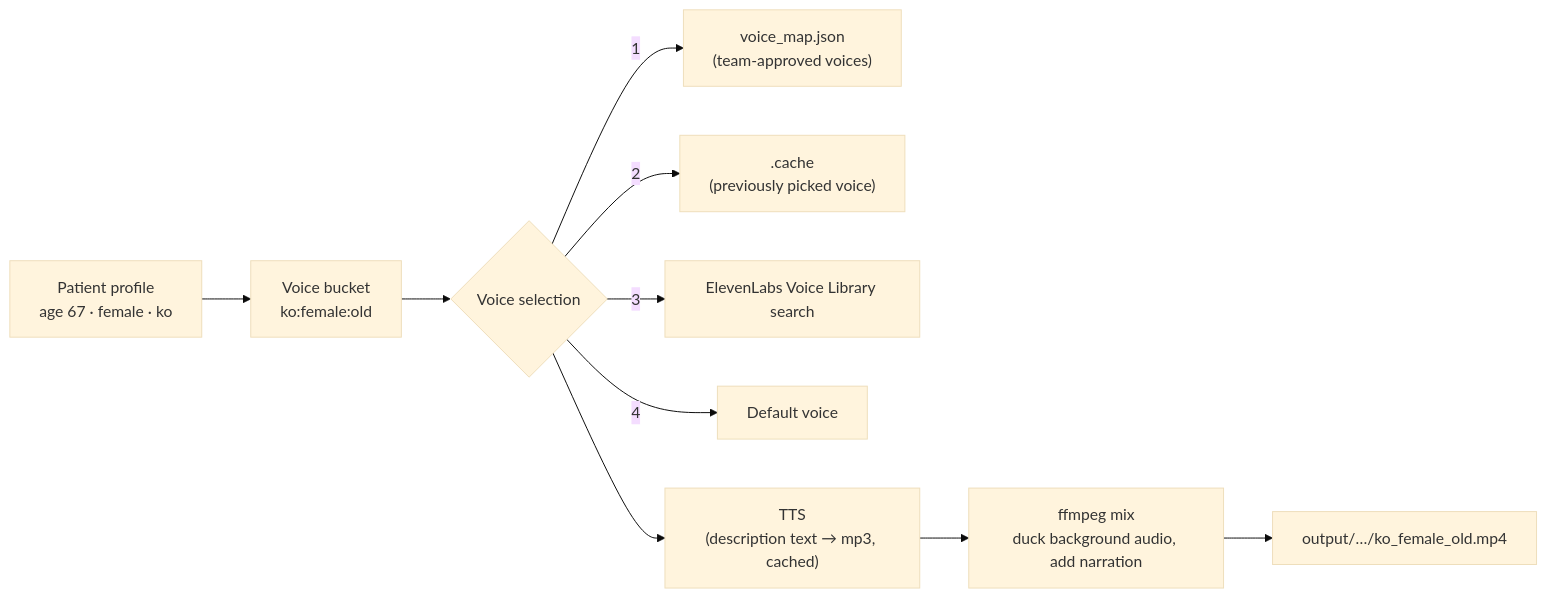
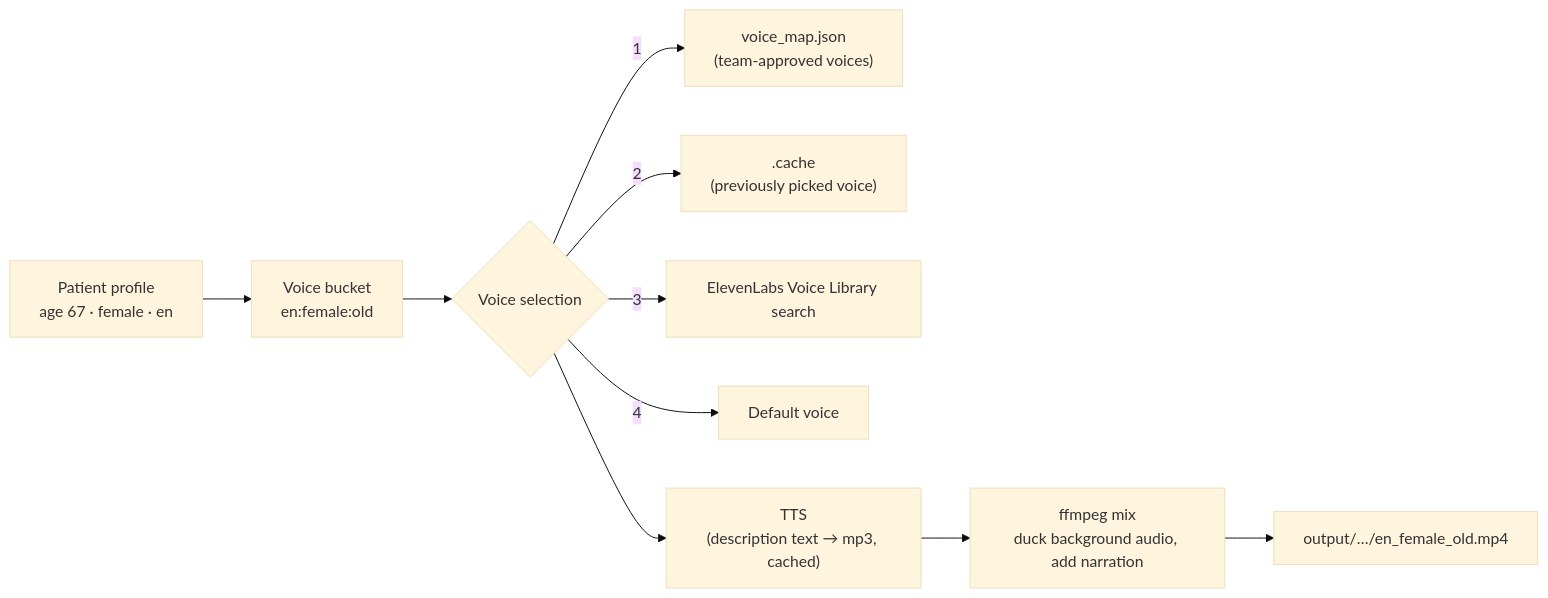
The diagram in README.md (heewonyoon0520/personalized-voiceover), drawn with Mermaid (base theme) before and after one commit. The commit also changed other lines of this file, not shown here.

````diff
--- a/README.md
+++ b/README.md
@@ -7,12 +7,12 @@
 ```mermaid
 flowchart LR
-    P["Patient profile<br/>age 67 · female · ko"] --> B["Voice bucket<br/>ko:female:old"]
+    P["Patient profile<br/>age 67 · female · en"] --> B["Voice bucket<br/>en:female:old"]
     B --> S{"Voice selection"}
     S -->|1| M["voice_map.json<br/>(team-approved voices)"]
     S -->|2| C[".cache<br/>(previously picked voice)"]
     S -->|3| L["ElevenLabs Voice Library search"]
     S -->|4| D["Default voice"]
     S --> T["TTS<br/>(description text → mp3, cached)"]
     T --> F["ffmpeg mix<br/>duck background audio, add narration"]
-    F --> O["output/…/ko_female_old.mp4"]
+    F --> O["output/…/en_female_old.mp4"]
 ```
````
